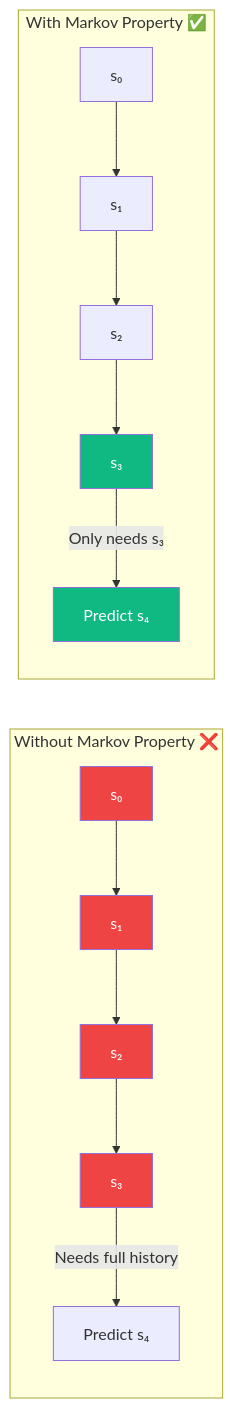
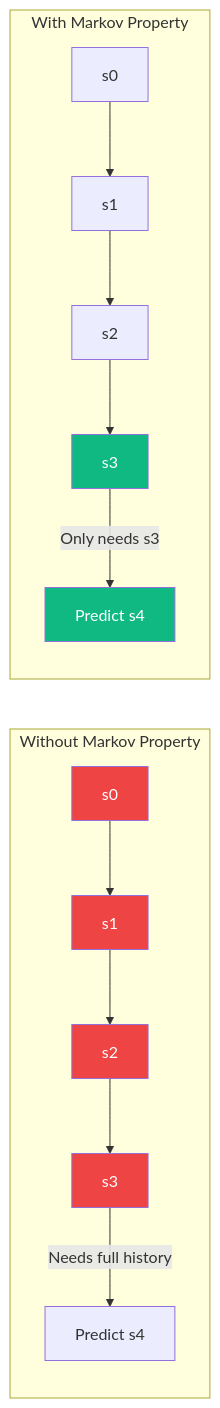
One commit to Abhijit1102/reinforcement_learning changed the first of 9 diagrams in 02_Markov_Decision_Process(MDPs)/README.md. Above: the diagram before and after it, drawn with Mermaid. The commit also changed other lines of this file, not shown here.

Commit message:
chapter 2 readme imporve mermaid

````diff
--- a/02_Markov_Decision_Process(MDPs)/README.md
+++ b/02_Markov_Decision_Process(MDPs)/README.md
@@ -13,21 +13,21 @@
 ```mermaid
 flowchart LR
-    subgraph "Without Markov Property ❌"
+    subgraph "Without Markov Property"
         direction TB
-        H1[s₀] --> H2[s₁] --> H3[s₂] --> H4[s₃]
-        H4 -->|Needs full history| A1[Predict s₄]
+        H1[s0] --> H2[s1] --> H3[s2] --> H4[s3]
+        H4 -->|Needs full history| A1[Predict s4]
     end
 
-    subgraph "With Markov Property ✅"
+    subgraph "With Markov Property"
         direction TB
-        M1[s₀] --> M2[s₁] --> M3[s₂] --> M4[s₃]
-        M4 -->|Only needs s₃| A2[Predict s₄]
+        M1[s0] --> M2[s1] --> M3[s2] --> M4[s3]
+        M4 -->|Only needs s3| A2[Predict s4]
     end
 
     style H1 fill:#ef4444,color:#fff
     style H2 fill:#ef4444,color:#fff
     style H3 fill:#ef4444,color:#fff
     style H4 fill:#ef4444,color:#fff
     style M4 fill:#10b981,color:#fff
     style A2 fill:#10b981,color:#fff
 ```
````
